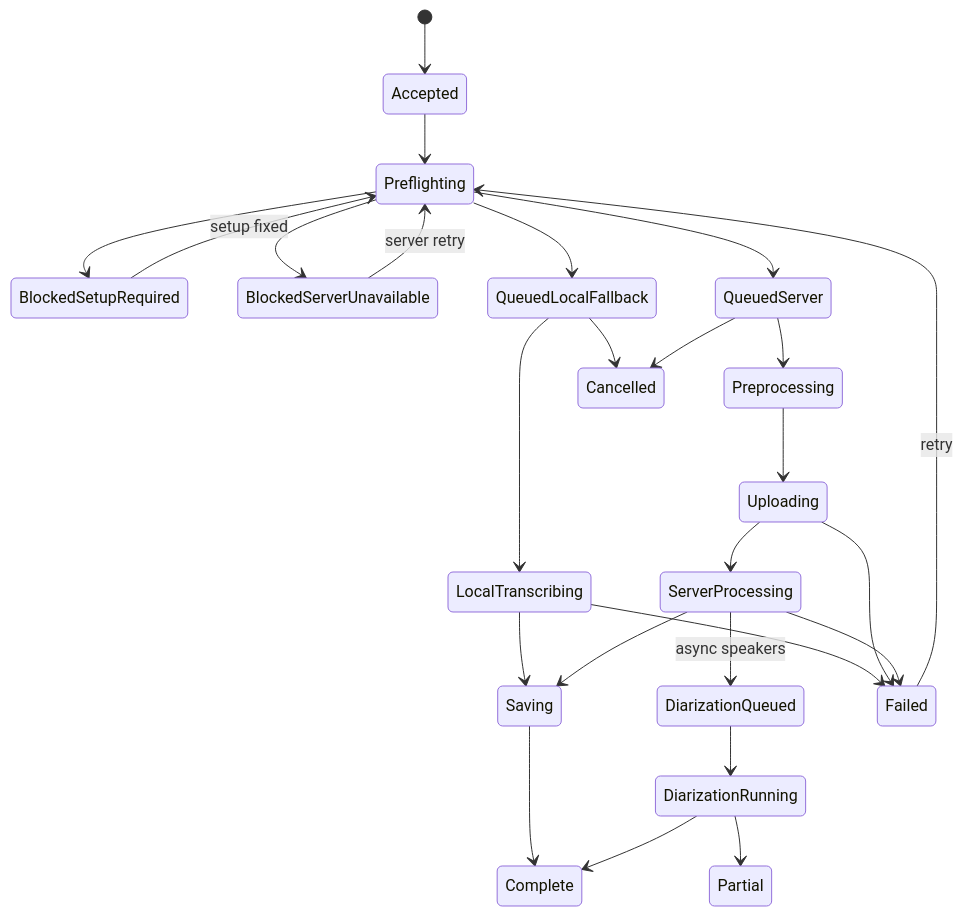
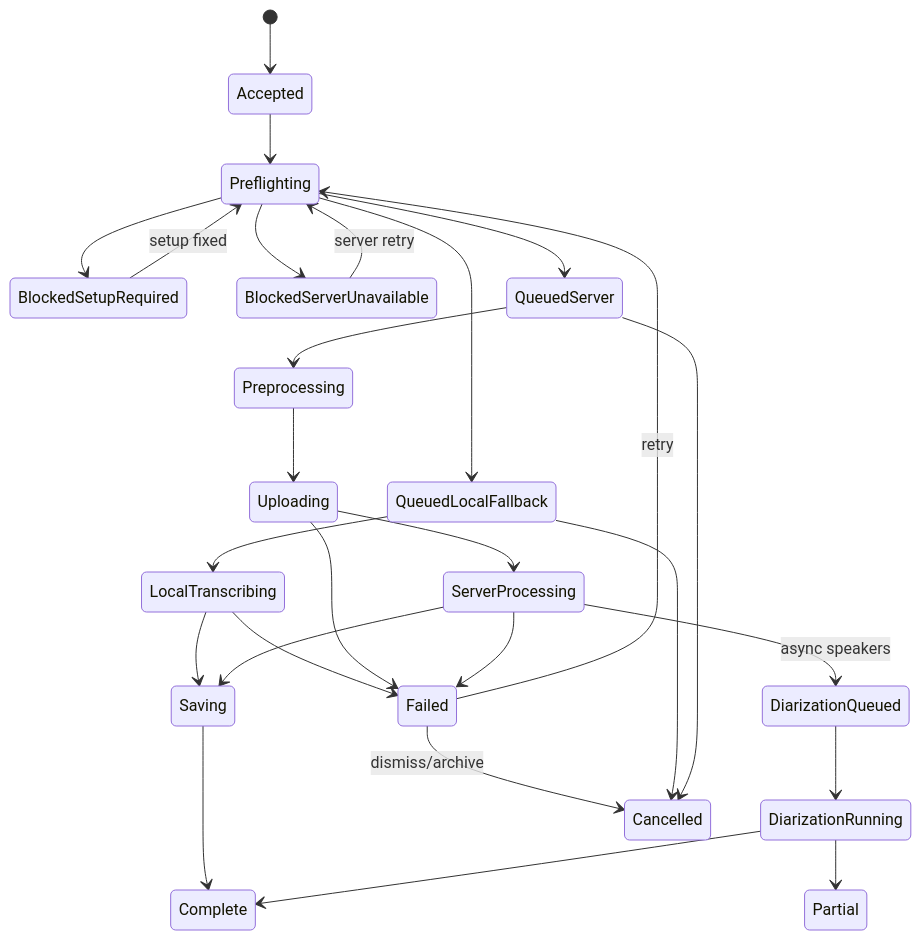
One commit to mcnatg1/yap changed the first of 2 diagrams in docs/specs/client-state-machine.md. Above: the diagram before and after it, drawn with Mermaid. The commit also changed other lines of this file and 15 other files, not shown here.

````diff
--- a/docs/specs/client-state-machine.md
+++ b/docs/specs/client-state-machine.md
@@ -146,28 +146,29 @@
 ```mermaid
 stateDiagram-v2
     [*] --> Accepted
     Accepted --> Preflighting
     Preflighting --> BlockedSetupRequired
     Preflighting --> BlockedServerUnavailable
     Preflighting --> QueuedLocalFallback
     Preflighting --> QueuedServer
     BlockedSetupRequired --> Preflighting: setup fixed
     BlockedServerUnavailable --> Preflighting: server retry
     QueuedLocalFallback --> LocalTranscribing
     QueuedServer --> Preprocessing
     Preprocessing --> Uploading
     Uploading --> ServerProcessing
     LocalTranscribing --> Saving
     ServerProcessing --> Saving
     Saving --> Complete
     ServerProcessing --> DiarizationQueued: async speakers
     DiarizationQueued --> DiarizationRunning
     DiarizationRunning --> Complete
     DiarizationRunning --> Partial
     LocalTranscribing --> Failed
     Uploading --> Failed
     ServerProcessing --> Failed
     Failed --> Preflighting: retry
+    Failed --> Cancelled: dismiss/archive
     QueuedLocalFallback --> Cancelled
     QueuedServer --> Cancelled
 ```
````
